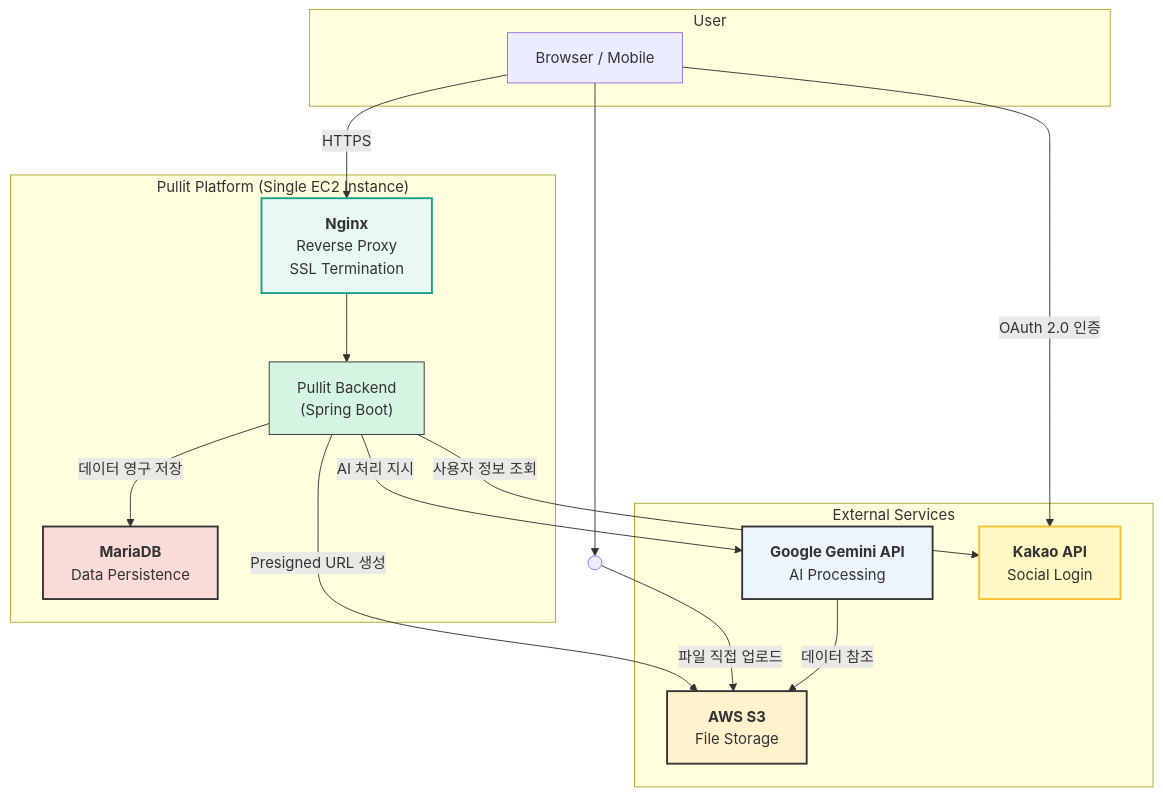
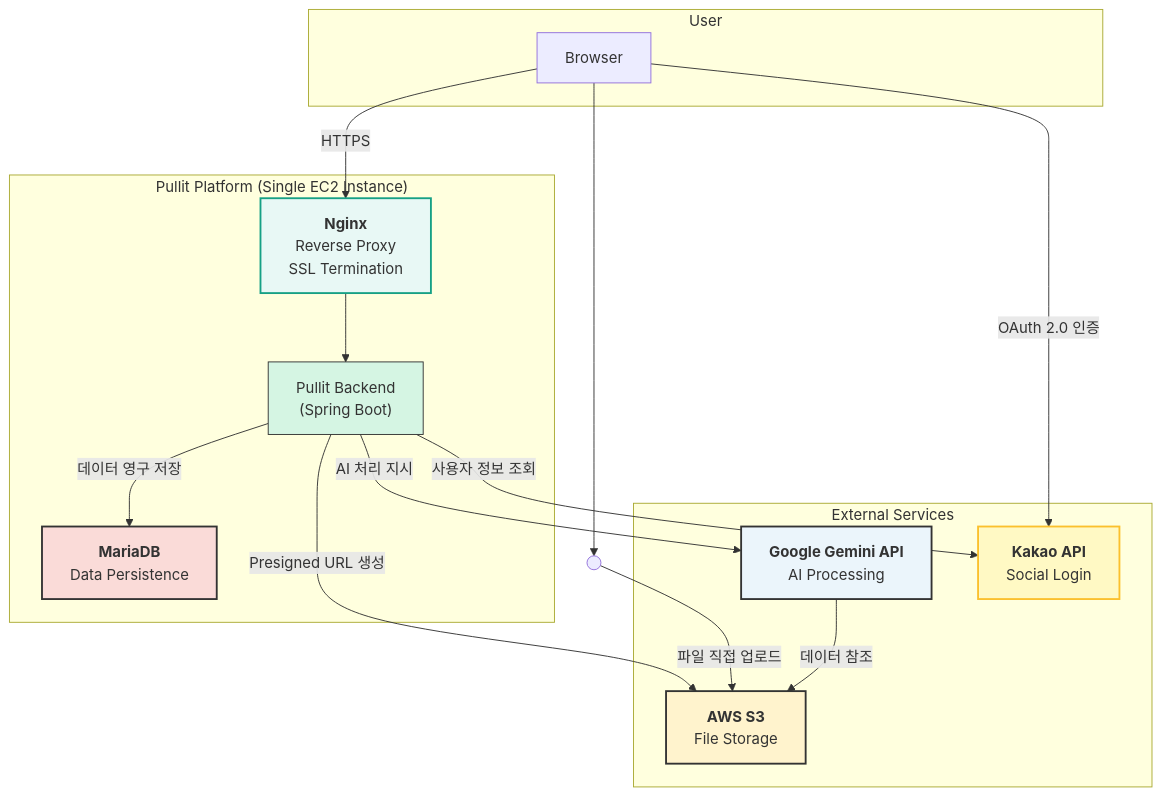
Before and after one commit to Hyeonjun0527/pullit-docs-server: the diagram in public/content/backend/architecture.md, drawn with Mermaid.

Commit message:
잘됨

````diff
--- a/public/content/backend/architecture.md
+++ b/public/content/backend/architecture.md
@@ -9,43 +9,43 @@
 ```mermaid
 graph TD
     subgraph "User"
-        Client["Browser / Mobile"]
+        Client["Browser"]
     end
 
     subgraph "Pullit Platform (Single EC2 Instance)"
         Nginx["<b>Nginx</b><br>Reverse Proxy<br>SSL Termination"]
         Backend["Pullit Backend<br>(Spring Boot)"]
         DB["<b>MariaDB</b><br>Data Persistence"]
 
         Nginx --> Backend
     end
 
     subgraph "External Services"
         S3["<b>AWS S3</b><br>File Storage"]
         Gemini["<b>Google Gemini API</b><br>AI Processing"]
         Kakao["<b>Kakao API</b><br>Social Login"]
     end
 
     %% Interactions
     Client -- "HTTPS" --> Nginx
 
     Backend -- "Presigned URL 생성" --> S3
     Client --> S3_Upload(( ))
     S3_Upload -- "파일 직접 업로드" --> S3
 
     Backend -- "AI 처리 지시" --> Gemini
     Backend -- "데이터 영구 저장" --> DB
 
     Gemini -- "데이터 참조" --> S3
 
     Client -- "OAuth 2.0 인증" --> Kakao
     Backend -- "사용자 정보 조회" --> Kakao
 
     %% Styling
     style Nginx fill:#E8F8F5,stroke:#16A085,stroke-width:2px
     style Backend fill:#D5F5E3,stroke:#333,stroke-width:1px
     style S3 fill:#FFF3CD,stroke:#333,stroke-width:2px
     style Gemini fill:#EBF5FB,stroke:#333,stroke-width:2px
     style DB fill:#FADBD8,stroke:#333,stroke-width:2px
     style Kakao fill:#FFF9C4,stroke:#FBC02D,stroke-width:2px
 ```
````
